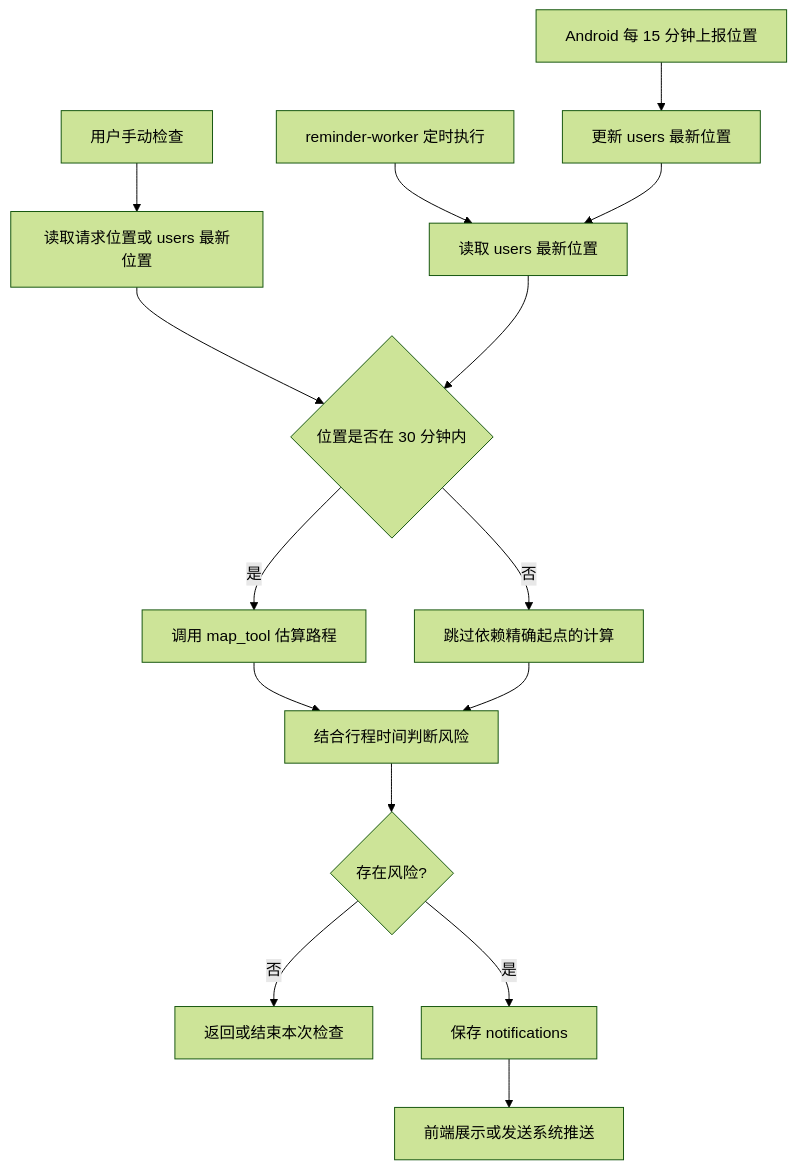
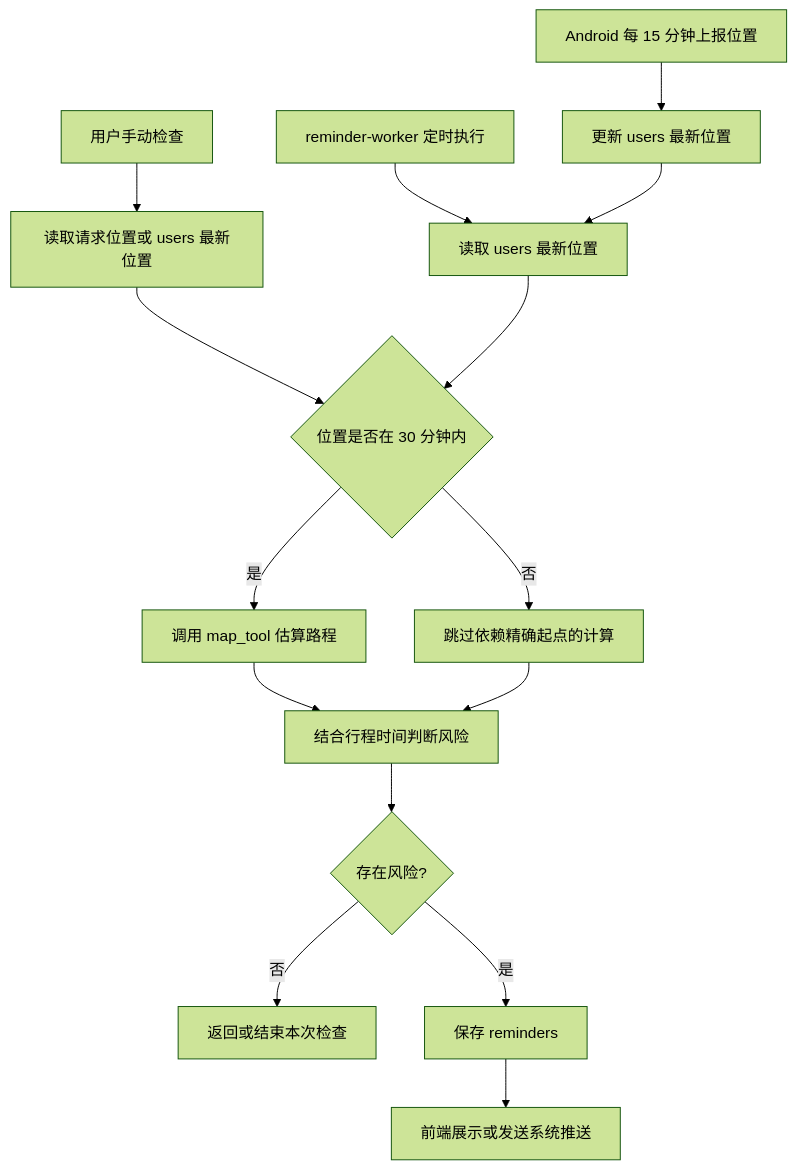
One commit to linzch23/DaoYou changed the seventh of 10 diagrams in docs/技术设计文档.md. Above: the diagram before and after it, drawn with Mermaid (forest theme). The commit also changed other lines of this file and 30 other files, not shown here.

````diff
--- a/docs/技术设计文档.md
+++ b/docs/技术设计文档.md
@@ -500,17 +500,17 @@
 ```mermaid
 flowchart TD
     A[Android 每 15 分钟上报位置] --> B[更新 users 最新位置]
     C[用户手动检查] --> D[读取请求位置或 users 最新位置]
     E[reminder-worker 定时执行] --> F[读取 users 最新位置]
     B --> F
     D --> G{位置是否在 30 分钟内}
     F --> G
     G -->|是| H[调用 map_tool 估算路程]
     G -->|否| I[跳过依赖精确起点的计算]
     H --> J[结合行程时间判断风险]
     I --> J
     J --> K{存在风险?}
     K -->|否| L[返回或结束本次检查]
-    K -->|是| M[保存 notifications]
+    K -->|是| M[保存 reminders]
     M --> N[前端展示或发送系统推送]
 ```
````
